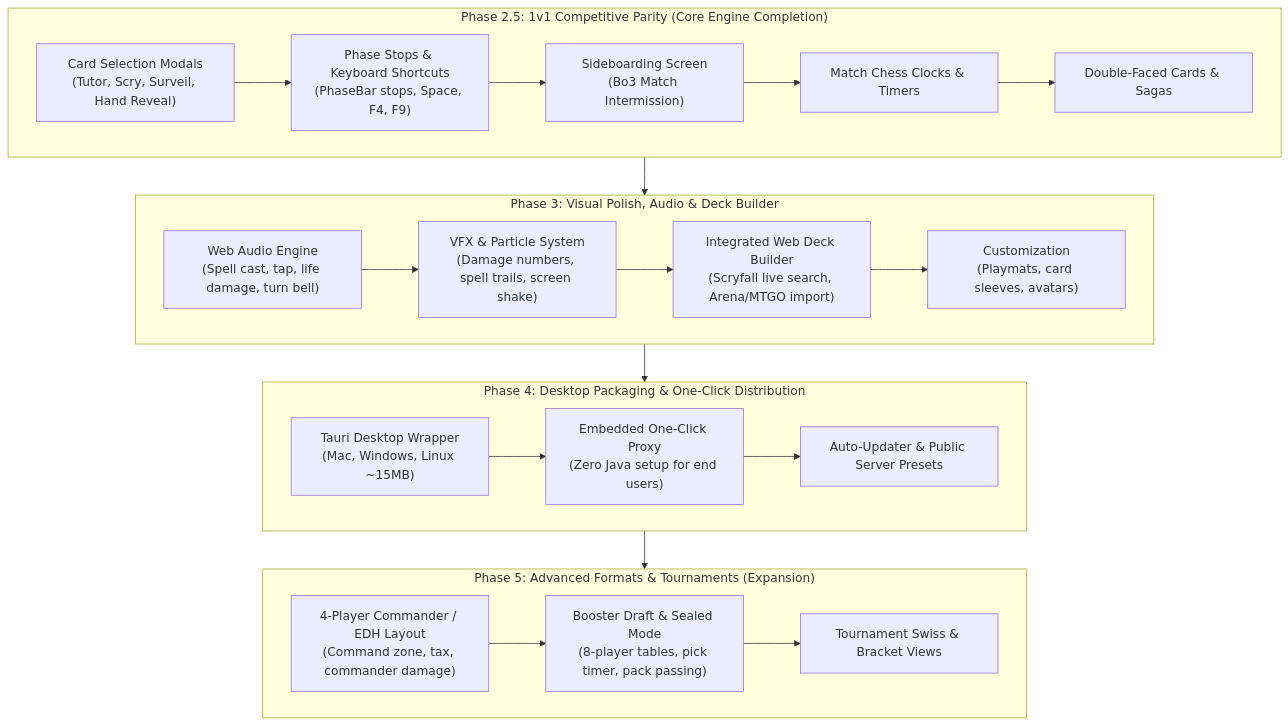
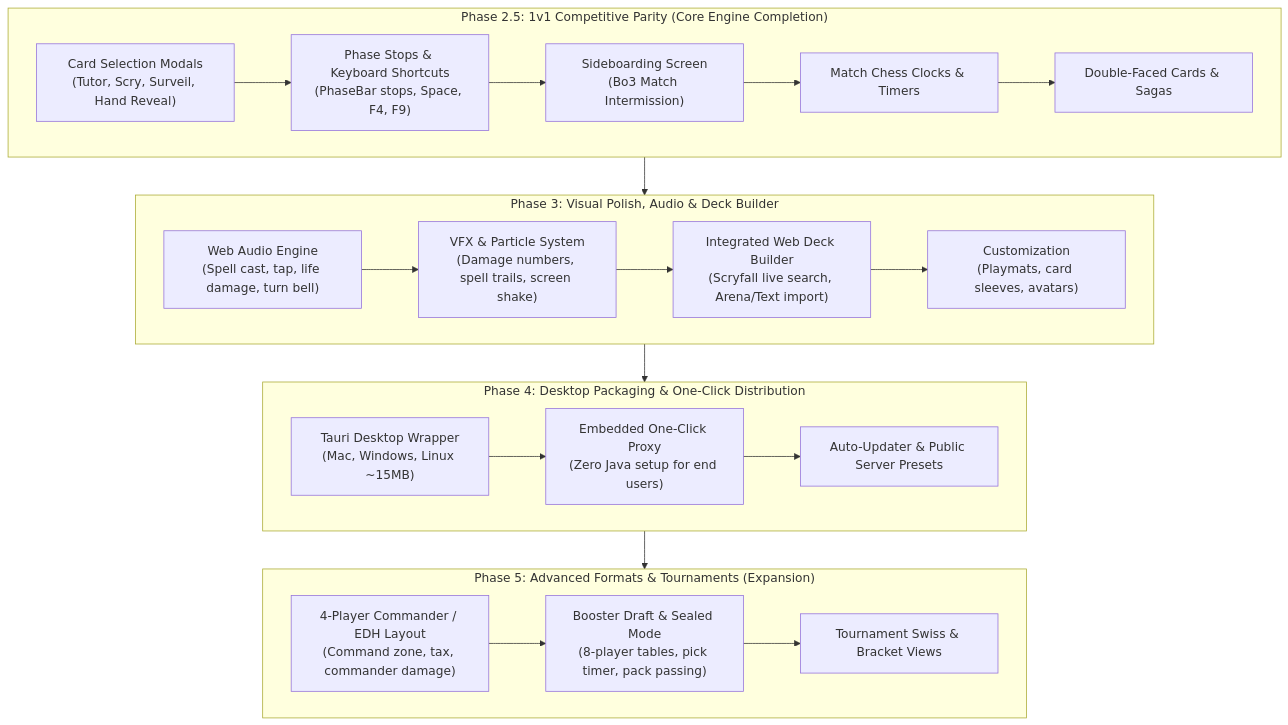
One commit to Adamychen/mage_alt_client changed the diagram in ROADMAP.md. Above: the diagram before and after it, drawn with Mermaid. The commit also changed other lines of this file and 13 other files, not shown here.

````diff
--- a/ROADMAP.md
+++ b/ROADMAP.md
@@ -76,29 +76,29 @@
 ```mermaid
 flowchart TD
     subgraph P25["Phase 2.5: 1v1 Competitive Parity (Core Engine Completion)"]
         A1["Card Selection Modals\n(Tutor, Scry, Surveil, Hand Reveal)"] --> A2["Phase Stops & Keyboard Shortcuts\n(PhaseBar stops, Space, F4, F9)"]
         A2 --> A3["Sideboarding Screen\n(Bo3 Match Intermission)"]
         A3 --> A4["Match Chess Clocks & Timers"]
         A4 --> A5["Double-Faced Cards & Sagas"]
     end
 
     subgraph P3["Phase 3: Visual Polish, Audio & Deck Builder"]
         B1["Web Audio Engine\n(Spell cast, tap, life damage, turn bell)"] --> B2["VFX & Particle System\n(Damage numbers, spell trails, screen shake)"]
-        B2 --> B3["Integrated Web Deck Builder\n(Scryfall live search, Arena/MTGO import)"]
+        B2 --> B3["Integrated Web Deck Builder\n(Scryfall live search, Arena/Text import)"]
         B3 --> B4["Customization\n(Playmats, card sleeves, avatars)"]
     end
 
     subgraph P4["Phase 4: Desktop Packaging & One-Click Distribution"]
         C1["Tauri Desktop Wrapper\n(Mac, Windows, Linux ~15MB)"] --> C2["Embedded One-Click Proxy\n(Zero Java setup for end users)"]
         C2 --> C3["Auto-Updater & Public Server Presets"]
     end
 
     subgraph P5["Phase 5: Advanced Formats & Tournaments (Expansion)"]
         D1["4-Player Commander / EDH Layout\n(Command zone, tax, commander damage)"] --> D2["Booster Draft & Sealed Mode\n(8-player tables, pick timer, pack passing)"]
         D2 --> D3["Tournament Swiss & Bracket Views"]
     end
 
     P25 --> P3
     P3 --> P4
     P4 --> P5
 ```
````
